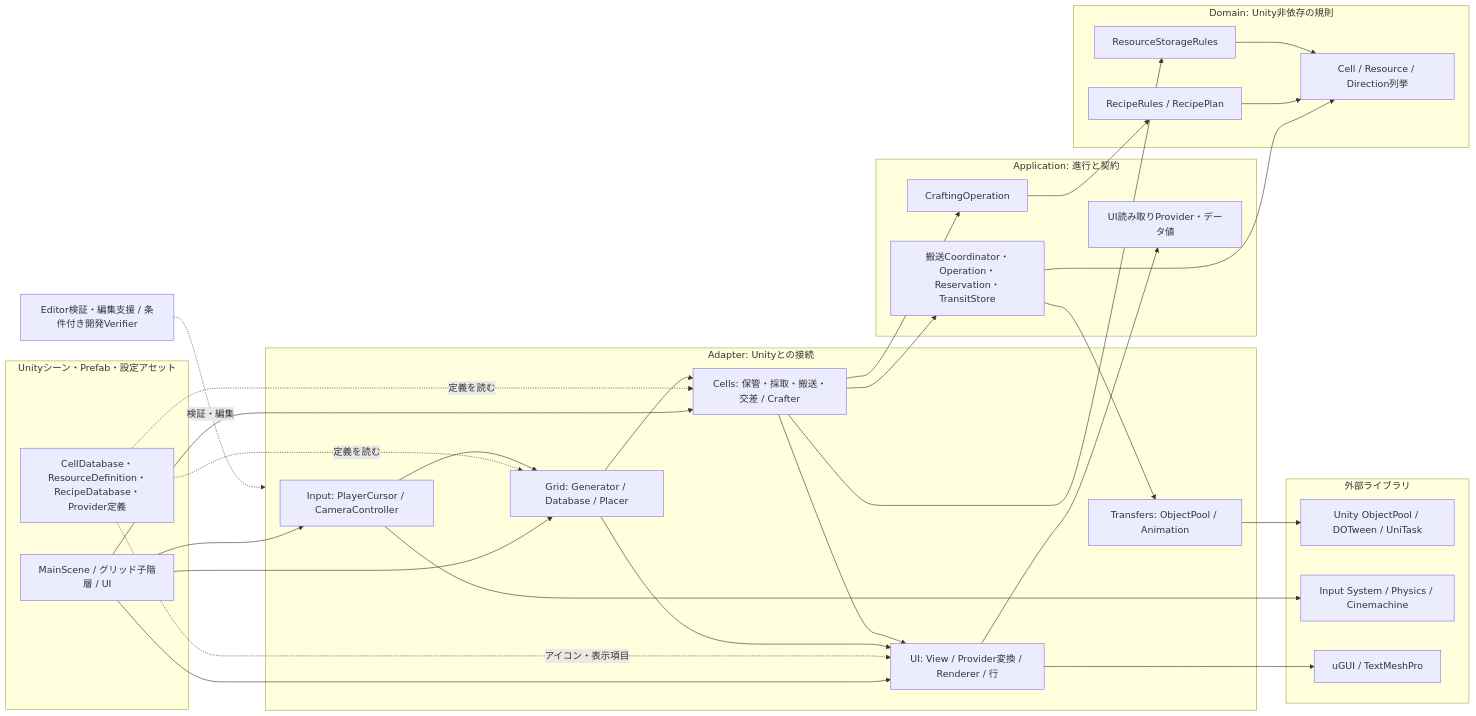
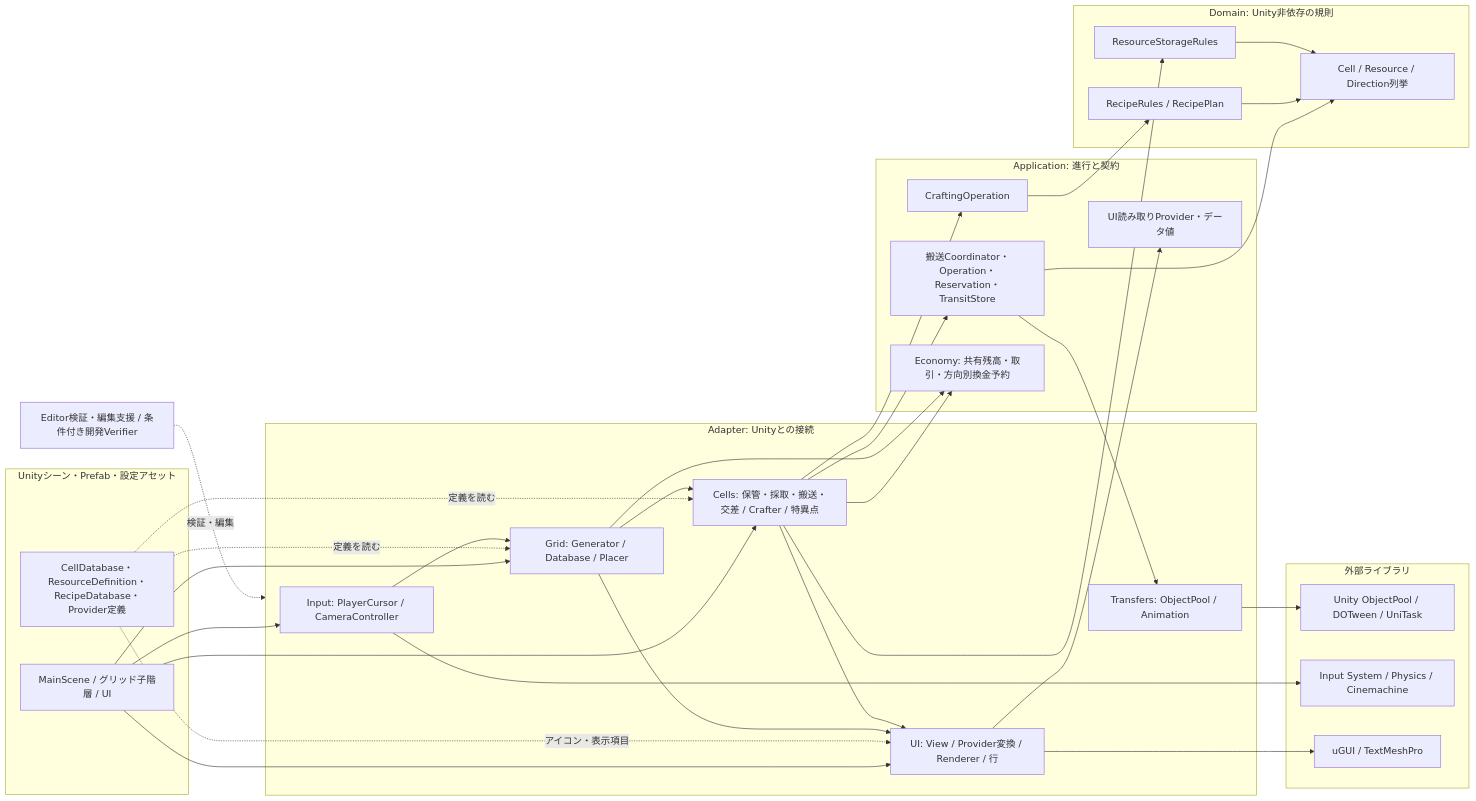
One commit to AoiTomiyama/FactoryGame changed the first of 2 diagrams in docs/design/current-architecture.md. Above: the diagram before and after it, drawn with Mermaid. The commit also changed other lines of this file and 30 other files, not shown here.

````diff
--- a/docs/design/current-architecture.md
+++ b/docs/design/current-architecture.md
@@ -26,53 +26,56 @@
 ```mermaid
 flowchart LR
  subgraph Scene["Unityシーン・Prefab・設定アセット"]
   Main["MainScene / グリッド子階層 / UI"]
   SO["CellDatabase・ResourceDefinition・RecipeDatabase・Provider定義"]
  end
  subgraph Adapter["Adapter: Unityとの接続"]
   Input["Input: PlayerCursor / CameraController"]
   Grid["Grid: Generator / Database / Placer"]
-  Cells["Cells: 保管・採取・搬送・交差 / Crafter"]
+  Cells["Cells: 保管・採取・搬送・交差 / Crafter / 特異点"]
   Presentation["Transfers: ObjectPool / Animation"]
   UI["UI: View / Provider変換 / Renderer / 行"]
  end
  subgraph Application["Application: 進行と契約"]
   Transfer["搬送Coordinator・Operation・Reservation・TransitStore"]
   Craft["CraftingOperation"]
   Read["UI読み取りProvider・データ値"]
+  Economy["Economy: 共有残高・取引・方向別換金予約"]
  end
  subgraph Domain["Domain: Unity非依存の規則"]
   Storage["ResourceStorageRules"]
   Recipe["RecipeRules / RecipePlan"]
   Enum["Cell / Resource / Direction列挙"]
  end
  Main --> Input
  Main --> Grid
  Main --> Cells
  Main --> UI
  SO -. "定義を読む" .-> Grid
  SO -. "定義を読む" .-> Cells
  SO -. "アイコン・表示項目" .-> UI
  Input --> Grid
  Grid --> Cells
  Grid --> UI
+ Cells --> Economy
+ Grid --> Economy
  Cells --> Transfer
  Cells --> Craft
  Cells --> Storage
  Cells --> UI
  UI --> Read
  Transfer --> Presentation
  Transfer --> Enum
  Craft --> Recipe
  Recipe --> Enum
  Storage --> Enum
  Presentation --> External
  Input --> InputLib
  UI --> UILib
  Editor["Editor検証・編集支援 / 条件付き開発Verifier"] -. "検証・編集" .-> Adapter
  subgraph Libraries["外部ライブラリ"]
  External["Unity ObjectPool / DOTween / UniTask"]
  InputLib["Input System / Physics / Cinemachine"]
  UILib["uGUI / TextMeshPro"]
  end
 ```
````
